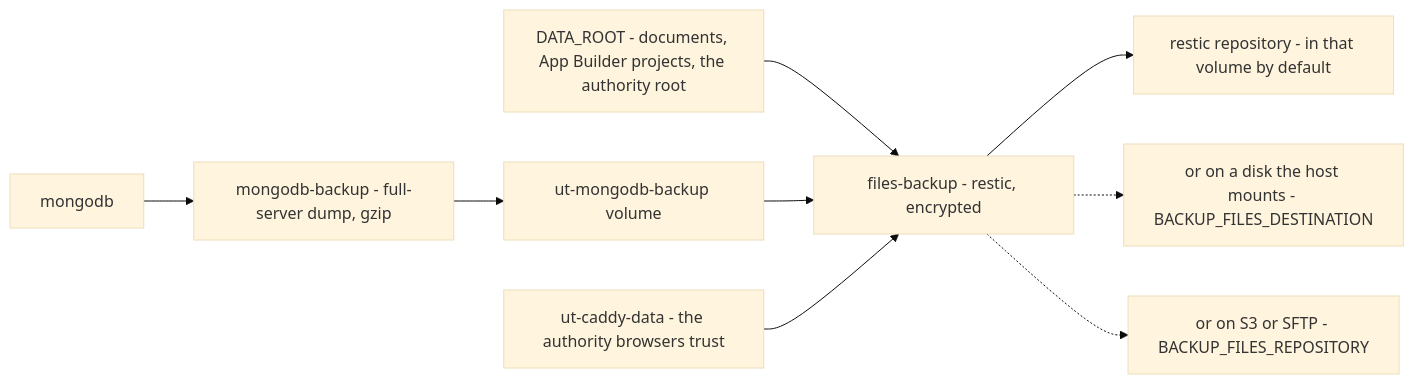
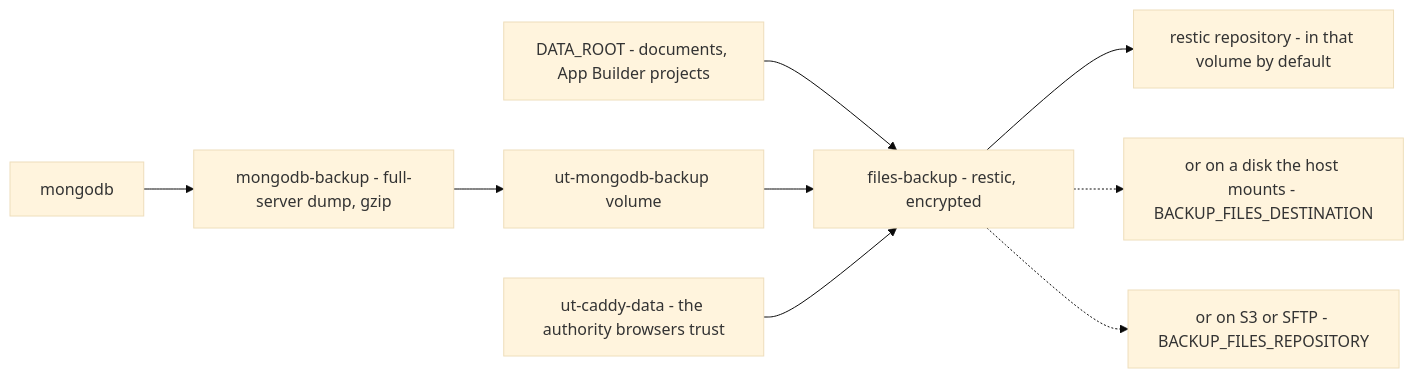
Before and after one commit to understand-tech/ai-in-a-box: the diagram in docs/restore.md, drawn with Mermaid (base theme). The commit also changed other lines of this file and 8 other files, not shown here.

````diff
--- a/docs/restore.md
+++ b/docs/restore.md
@@ -17,19 +17,19 @@
 ```mermaid
 flowchart LR
     MONGO["mongodb"]
     DBBACKUP["mongodb-backup - full-server dump, gzip"]
     DUMPS["ut-mongodb-backup volume"]
-    DATAROOT["DATA_ROOT - documents, App Builder projects, the authority root"]
+    DATAROOT["DATA_ROOT - documents, App Builder projects"]
     HTTPSCA["ut-caddy-data - the authority browsers trust"]
     FILESBACKUP["files-backup - restic, encrypted"]
     REPO["restic repository - in that volume by default"]
     MOUNTED["or on a disk the host mounts - BACKUP_FILES_DESTINATION"]
     REMOTE["or on S3 or SFTP - BACKUP_FILES_REPOSITORY"]
     MONGO --> DBBACKUP --> DUMPS
     DATAROOT --> FILESBACKUP
     DUMPS --> FILESBACKUP
     HTTPSCA --> FILESBACKUP
     FILESBACKUP --> REPO
     FILESBACKUP -.-> MOUNTED
     FILESBACKUP -.-> REMOTE
 ```
````
